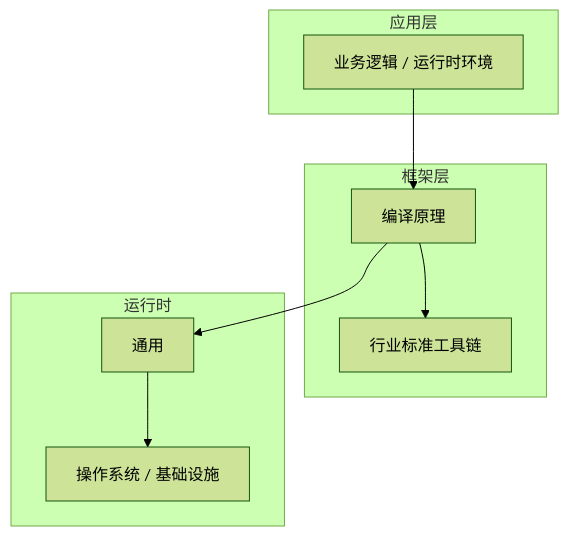
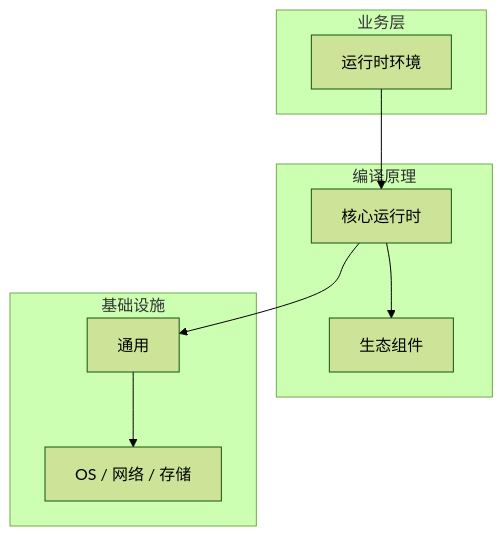
Before and after one commit to yanggan2015/knowledge-json-v2: the diagram in articles/编译原理/chapters/071-运行时环境核心概念与原理.md, drawn with Mermaid (forest theme). The commit also changed other lines of this file and 10127 other files, not shown here.

````diff
--- a/articles/编译原理/chapters/071-运行时环境核心概念与原理.md
+++ b/articles/编译原理/chapters/071-运行时环境核心概念与原理.md
@@ -45,18 +34,18 @@
 ```mermaid
 graph TB
-    subgraph 应用层
-        A[业务逻辑 / 运行时环境]
+    subgraph 业务层
+        A[运行时环境]
     end
-    subgraph 框架层
-        B[编译原理]
-        C[行业标准工具链]
+    subgraph 编译原理
+        B[核心运行时]
+        C[生态组件]
     end
-    subgraph 运行时
+    subgraph 基础设施
         D[通用]
-        E[操作系统 / 基础设施]
+        E[OS / 网络 / 存储]
     end
     A --> B
     B --> C
     B --> D
     D --> E
 ```
````
